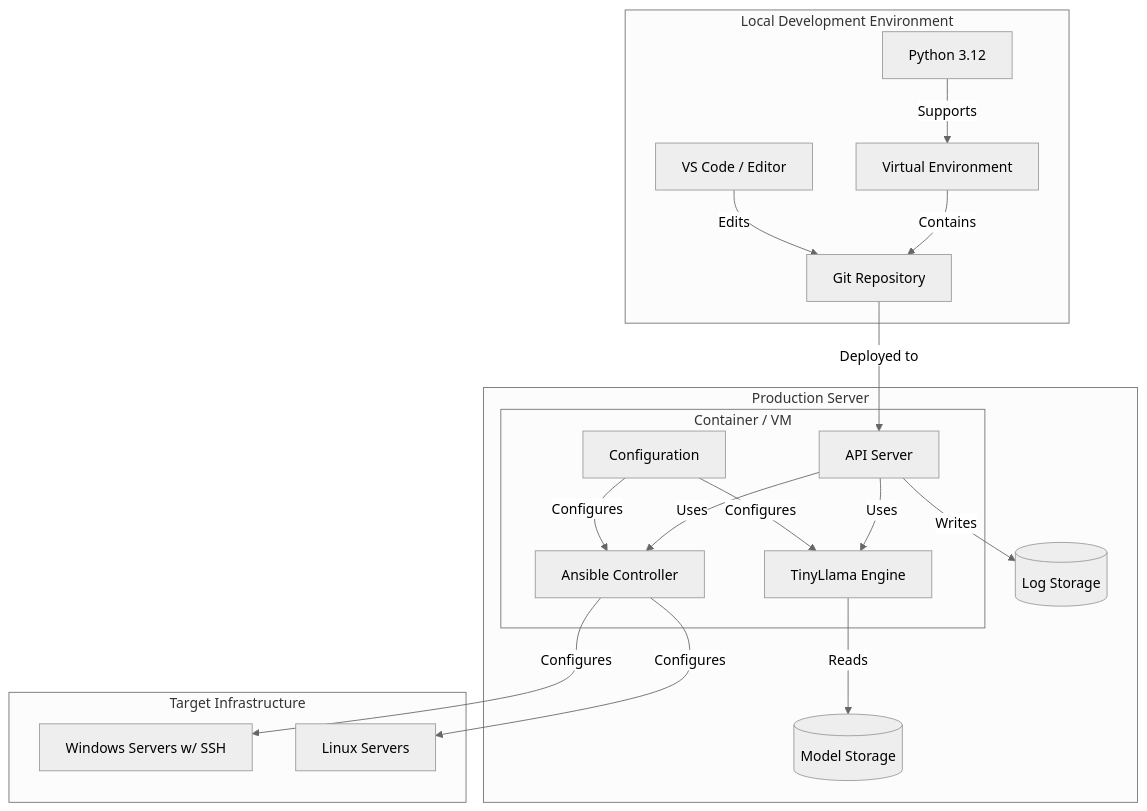
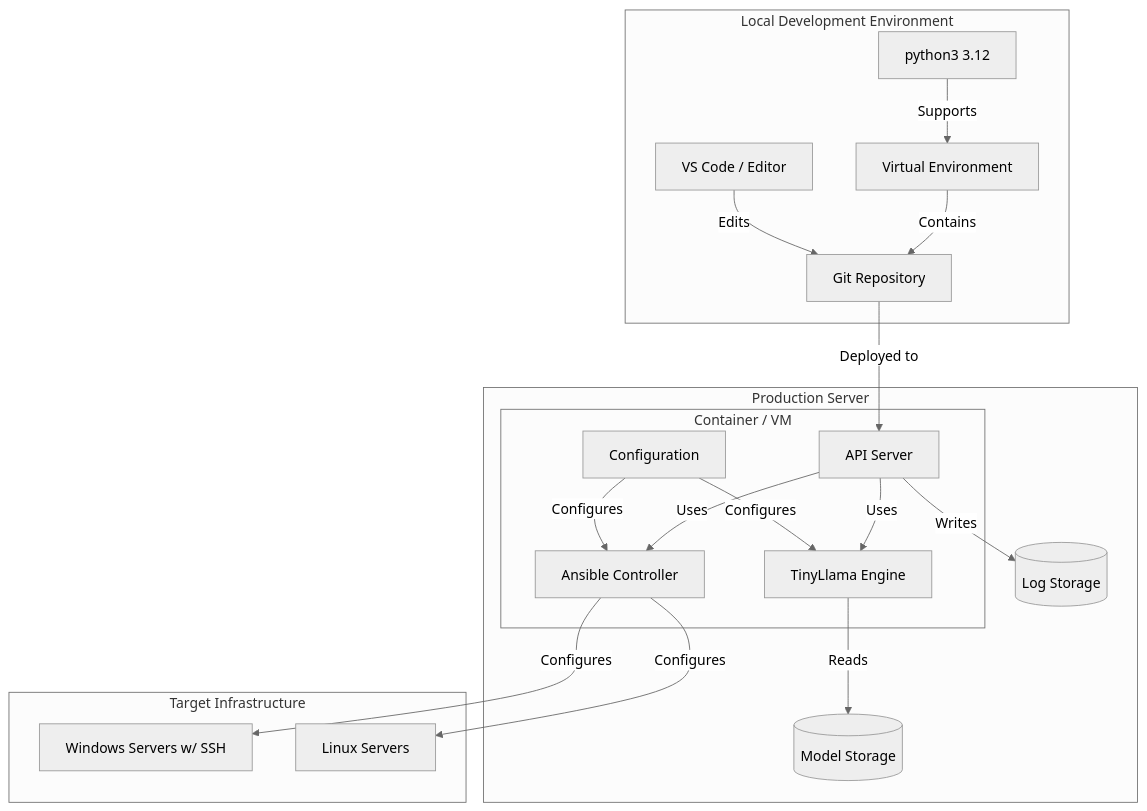
Before and after one commit to Htunn/automation-with-agentic-llm: the third of 3 diagrams in README.md, drawn with Mermaid (neutral theme). The commit also changed other lines of this file, not shown here.

````diff
--- a/README.md
+++ b/README.md
@@ -91,38 +91,38 @@
 ```mermaid
 graph TB
     subgraph "Local Development Environment"
-        PY[Python 3.12]
+        PY[python3 3.12]
         VE[Virtual Environment]
         GIT[Git Repository]
         VS[VS Code / Editor]
     end
     
     subgraph "Production Server"
         subgraph "Container / VM"
             API[API Server]
             ANS[Ansible Controller]
             TL[TinyLlama Engine]
             CONF[Configuration]
         end
         VOL[(Model Storage)]
         LOG[(Log Storage)]
     end
     
     subgraph "Target Infrastructure"
         WS[Windows Servers w/ SSH]
         LX[Linux Servers]
     end
     
     PY -->|Supports| VE
     VE -->|Contains| GIT
     VS -->|Edits| GIT
     GIT -->|Deployed to| API
     API -->|Uses| TL
     API -->|Uses| ANS
     TL -->|Reads| VOL
     API -->|Writes| LOG
     ANS -->|Configures| WS
     ANS -->|Configures| LX
     CONF -->|Configures| ANS
     CONF -->|Configures| TL
 ```
````
